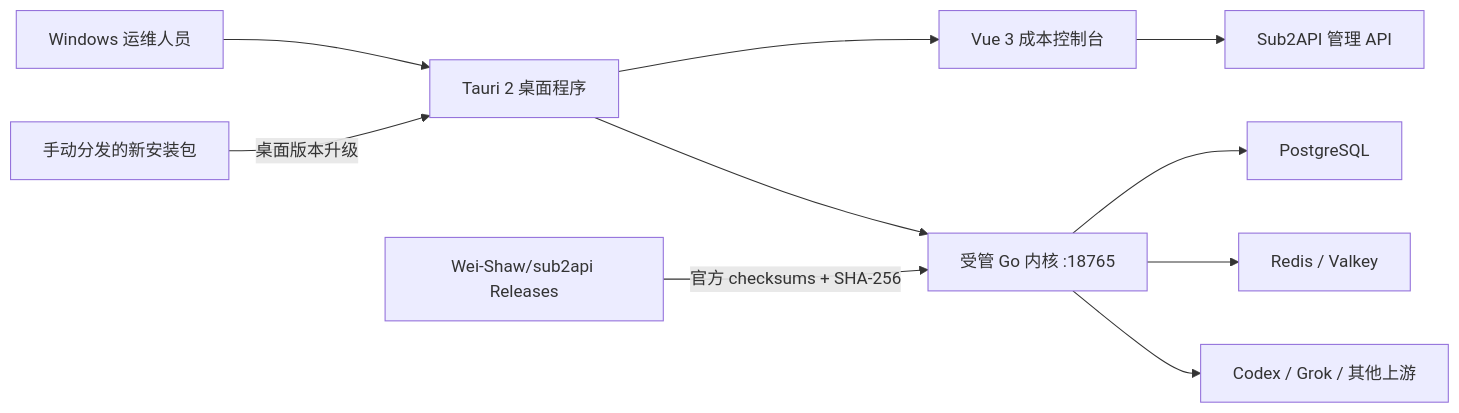
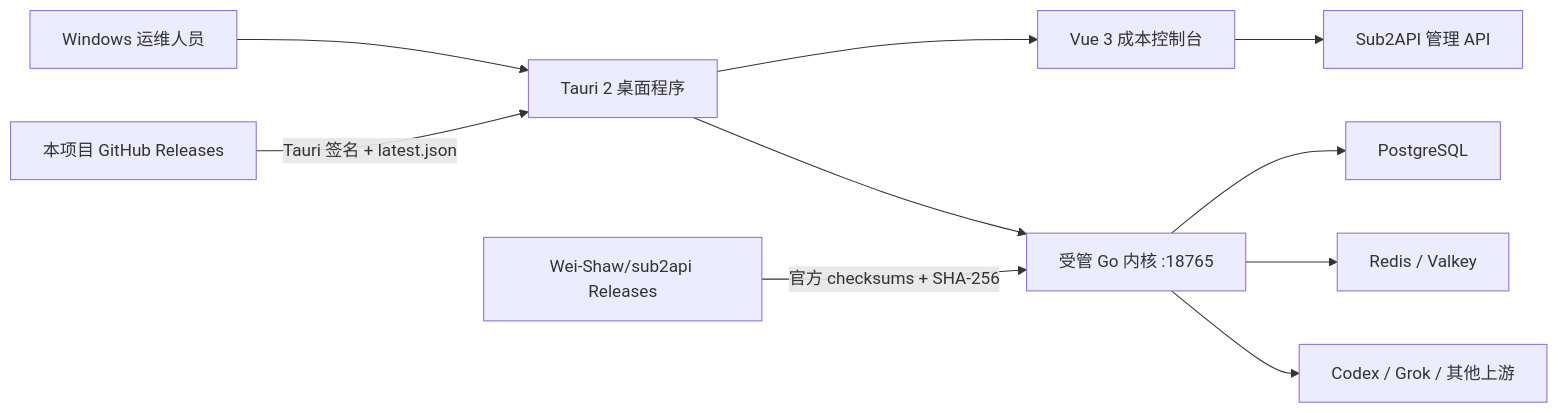
Before and after one commit to rw0104/sub2api-cost-console: the diagram in README.md, drawn with Mermaid. The commit also changed other lines of this file and 69 other files, not shown here.

````diff
--- a/README.md
+++ b/README.md
@@ -86,12 +103,12 @@
 ```mermaid
 flowchart LR
     Operator["Windows 运维人员"] --> Desktop["Tauri 2 桌面程序"]
     Desktop --> UI["Vue 3 成本控制台"]
     Desktop --> Core["受管 Go 内核 :18765"]
     UI --> API["Sub2API 管理 API"]
     Core --> PG["PostgreSQL"]
     Core --> Redis["Redis / Valkey"]
     Core --> Providers["Codex / Grok / 其他上游"]
     Upstream["Wei-Shaw/sub2api Releases"] -->|官方 checksums + SHA-256| Core
-    Installer["手动分发的新安装包"] -->|桌面版本升级| Desktop
+    Release["本项目 GitHub Releases"] -->|Tauri 签名 + latest.json| Desktop
 ```
````
